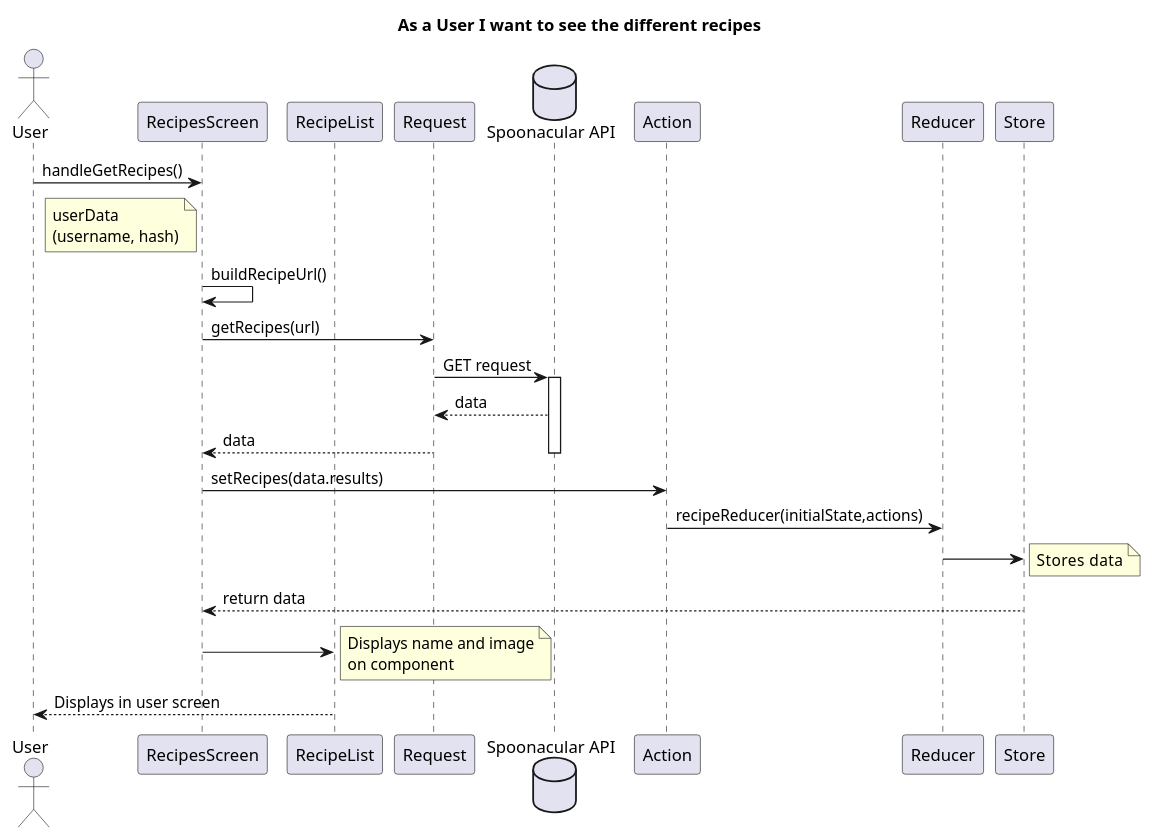
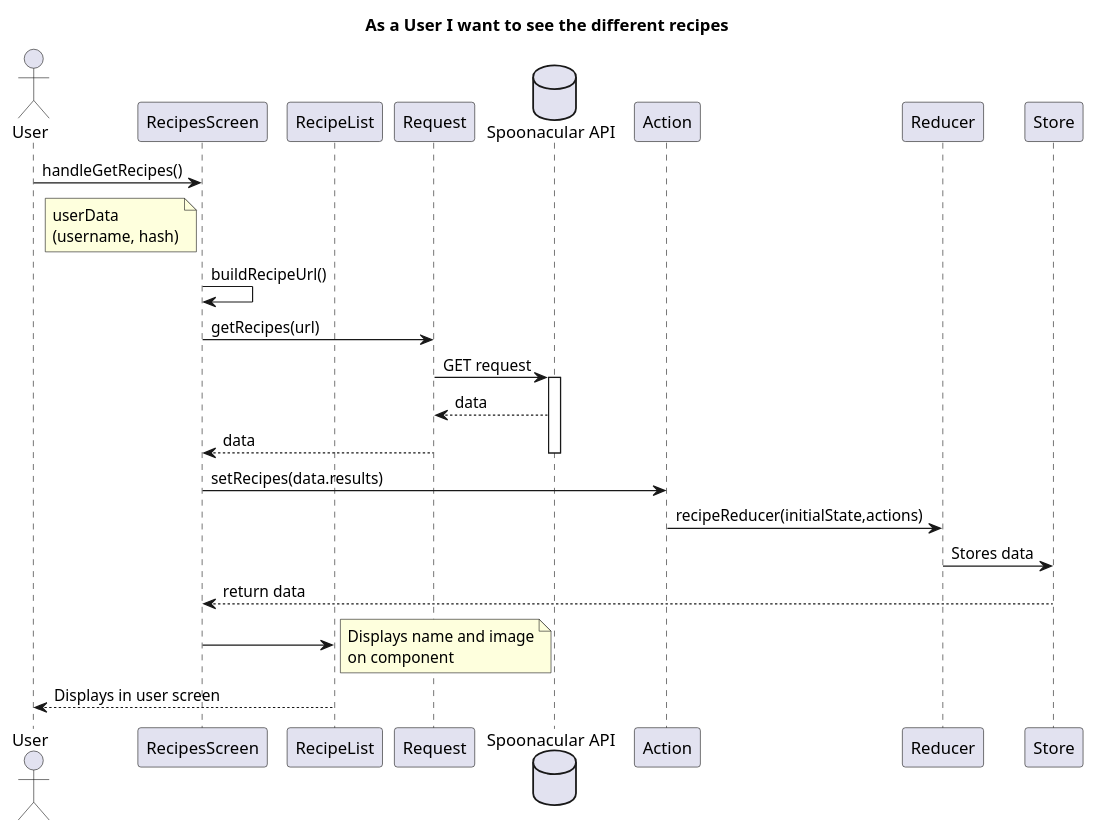
The diagram in OnlineSupertmarket/docs/US/US02/SD.puml (IsepMartimOliveira/DSSMV_ProjectReact_1181754), drawn with PlantUML before and after one commit. The commit also changed 6 other files, not shown here.

```diff
--- a/OnlineSupertmarket/docs/US/US02/SD.puml
+++ b/OnlineSupertmarket/docs/US/US02/SD.puml
@@ -1,35 +1,32 @@
 @startuml
 actor User as User
 title As a User I want to see the different recipes
 
 participant "RecipesScreen" as Screen
 participant "RecipeList" as List
 
 participant "Request" as Request
 database "Spoonacular API" as Server
 participant "Action" as AR
 participant "Reducer" as RD
 participant "Store" as Store
 User->Screen:handleGetRecipes()
 Note left of Screen: userData\n(username, hash)
 Screen->Screen:buildRecipeUrl()
 Screen->Request:getRecipes(url)
 Request -> Server: GET request
 activate Server
 Server --> Request: data
 Request-->Screen:data
 deactivate Server
 Screen->AR:setRecipes(data.results)
 AR->RD:recipeReducer(initialState,actions)
-RD->"Store"
-note right
-Stores  data
-end note
+RD->"Store":Stores data
 Store-->Screen:return data
 Screen->List
 note right
 Displays name and image
 on component
 end note
 List-->User:Displays in user screen
 @enduml
```
